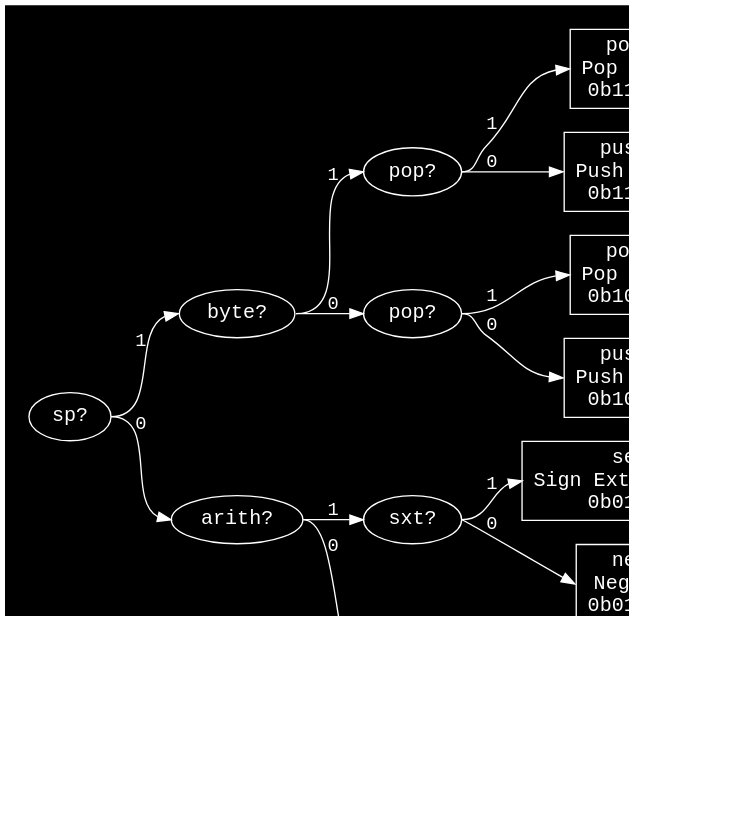
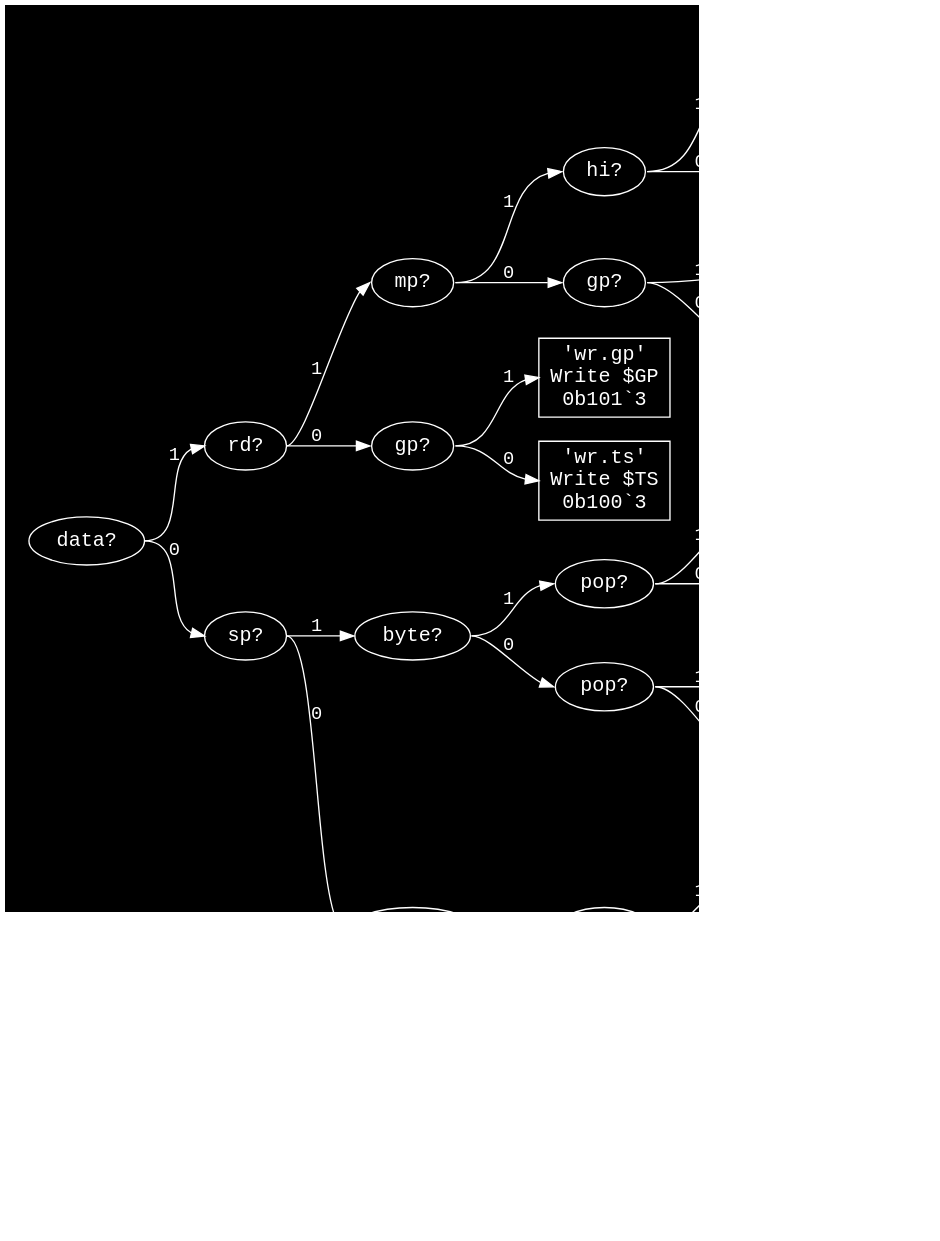
Before and after one commit to eignnx/SPRIND: the diagram in assets/graphs/r(1).dot, drawn with Graphviz. The commit also changed 12 other files, not shown here.

```diff
--- a/assets/graphs/r(1).dot
+++ b/assets/graphs/r(1).dot
@@ -1,34 +1,58 @@
 digraph "Format r(1)" {
   graph [dpi = 100, bgcolor="#111", fontcolor="white", rankdir=LR, pad="0.25"];
   node [fontname = "Courier", fontsize="15pt", color="white", fontcolor="white"];
   edge [fontname = "Courier", color="white", fontcolor="white"];
+  "data_8086210" [label = "data?", shape = ellipse];
+  "data_8086210":e -> "rd_3751218":w [label = "1"];
+  "data_8086210":e -> "sp_11244832":w [label = "0"];
+  "rd_3751218" [label = "rd?", shape = ellipse];
+  "rd_3751218":e -> "mp_7162851":w [label = "1"];
+  "rd_3751218":e -> "gp_13018399":w [label = "0"];
+  "mp_7162851" [label = "mp?", shape = ellipse];
+  "mp_7162851":e -> "hi_11502045":w [label = "1"];
+  "mp_7162851":e -> "gp_6366742":w [label = "0"];
+  "hi_11502045" [label = "hi?", shape = ellipse];
+  "hi_11502045":e -> "'rd.mp.hi'_6753187":w [label = "1"];
+  "hi_11502045":e -> "'rd.mp.lo'_9626836":w [label = "0"];
+  "'rd.mp.hi'_6753187" [label = "'rd.mp.hi'\nRead $MP.hi\n0b1111`4", shape = rectangle];
+  "'rd.mp.lo'_9626836" [label = "'rd.mp.lo'\nRead $MP.lo\n0b1110`4", shape = rectangle];
+  "gp_6366742" [label = "gp?", shape = ellipse];
+  "gp_6366742":e -> "'rd.gp'_7170807":w [label = "1"];
+  "gp_6366742":e -> "'rd.ts'_7479667":w [label = "0"];
+  "'rd.gp'_7170807" [label = "'rd.gp'\nRead $GP\n0b1101`4", shape = rectangle];
+  "'rd.ts'_7479667" [label = "'rd.ts'\nRead $TS\n0b1100`4", shape = rectangle];
+  "gp_13018399" [label = "gp?", shape = ellipse];
+  "gp_13018399":e -> "'wr.gp'_5110024":w [label = "1"];
+  "gp_13018399":e -> "'wr.ts'_15243891":w [label = "0"];
+  "'wr.gp'_5110024" [label = "'wr.gp'\nWrite $GP\n0b101`3", shape = rectangle];
+  "'wr.ts'_15243891" [label = "'wr.ts'\nWrite $TS\n0b100`3", shape = rectangle];
   "sp_11244832" [label = "sp?", shape = ellipse];
   "sp_11244832":e -> "byte_11388536":w [label = "1"];
   "sp_11244832":e -> "arith_8397043":w [label = "0"];
   "byte_11388536" [label = "byte?", shape = ellipse];
   "byte_11388536":e -> "pop_13701219":w [label = "1"];
   "byte_11388536":e -> "pop_11052152":w [label = "0"];
   "pop_13701219" [label = "pop?", shape = ellipse];
   "pop_13701219":e -> "popb_9607987":w [label = "1"];
   "pop_13701219":e -> "pushb_7132072":w [label = "0"];
-  "popb_9607987" [label = "popb\nPop Byte\n0b111`3", shape = rectangle];
-  "pushb_7132072" [label = "pushb\nPush Byte\n0b110`3", shape = rectangle];
+  "popb_9607987" [label = "popb\nPop Byte\n0b0111`4", shape = rectangle];
+  "pushb_7132072" [label = "pushb\nPush Byte\n0b0110`4", shape = rectangle];
   "pop_11052152" [label = "pop?", shape = ellipse];
   "pop_11052152":e -> "popw_1825455":w [label = "1"];
   "pop_11052152":e -> "pushw_9011362":w [label = "0"];
-  "popw_1825455" [label = "popw\nPop Word\n0b101`3", shape = rectangle];
-  "pushw_9011362" [label = "pushw\nPush Word\n0b100`3", shape = rectangle];
+  "popw_1825455" [label = "popw\nPop Word\n0b0101`4", shape = rectangle];
+  "pushw_9011362" [label = "pushw\nPush Word\n0b0100`4", shape = rectangle];
   "arith_8397043" [label = "arith?", shape = ellipse];
   "arith_8397043":e -> "sxt_1516934":w [label = "1"];
   "arith_8397043":e -> "ra_11984613":w [label = "0"];
   "sxt_1516934" [label = "sxt?", shape = ellipse];
   "sxt_1516934":e -> "seb_8359608":w [label = "1"];
   "sxt_1516934":e -> "neg_298820":w [label = "0"];
-  "seb_8359608" [label = "seb\nSign Extend Byte\n0b011`3", shape = rectangle];
-  "neg_298820" [label = "neg\nNegate\n0b010`3", shape = rectangle];
+  "seb_8359608" [label = "seb\nSign Extend Byte\n0b0011`4", shape = rectangle];
+  "neg_298820" [label = "neg\nNegate\n0b0010`4", shape = rectangle];
   "ra_11984613" [label = "ra?", shape = ellipse];
   "ra_11984613":e -> "callr_11085822":w [label = "1"];
   "ra_11984613":e -> "jr_14350230":w [label = "0"];
-  "callr_11085822" [label = "callr\nCall Register\n0b001`3", shape = rectangle];
-  "jr_14350230" [label = "jr\nJump Register\n0b000`3", shape = rectangle];
+  "callr_11085822" [label = "callr\nCall Register\n0b0001`4", shape = rectangle];
+  "jr_14350230" [label = "jr\nJump Register\n0b0000`4", shape = rectangle];
 }
```
